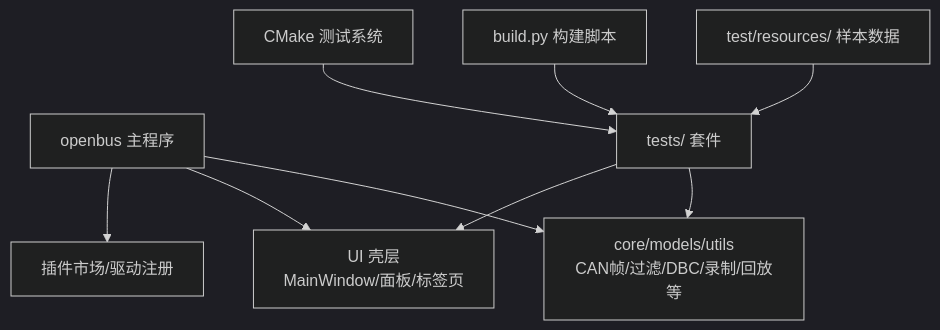
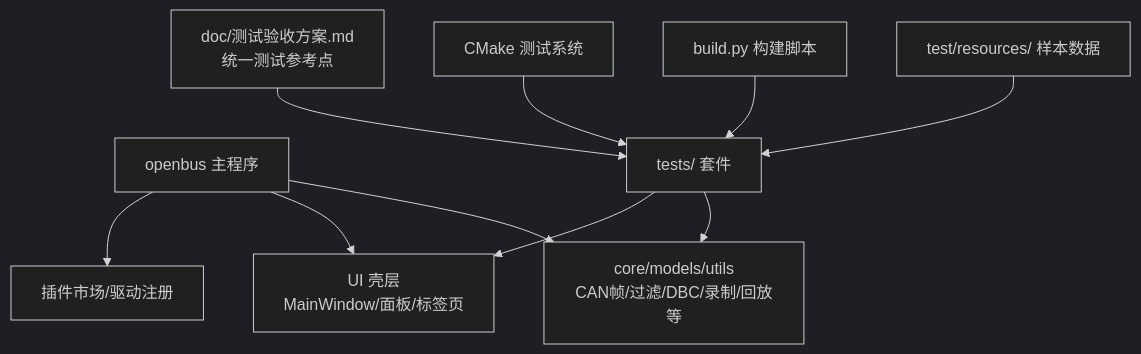
The first of 7 diagrams in .qoder/repowiki/zh/content/开发指南/测试策略文档.md (jakecai1225-design/OpenBus), drawn with Mermaid (dark theme) before and after one commit. The commit also changed other lines of this file and 151 other files, not shown here.

````diff
--- a/.qoder/repowiki/zh/content/开发指南/测试策略文档.md
+++ b/.qoder/repowiki/zh/content/开发指南/测试策略文档.md
@@ -44,11 +44,12 @@
 ```mermaid
 graph TB
 A["openbus 主程序"] --> B["core/models/utils<br/>CAN帧/过滤/DBC/录制/回放等"]
 A --> C["UI 壳层<br/>MainWindow/面板/标签页"]
 A --> D["插件市场/驱动注册"]
 E["tests/ 套件"] --> B
 E --> C
 F["test/resources/ 样本数据"] --> E
 G["build.py 构建脚本"] --> E
 H["CMake 测试系统"] --> E
+I["doc/测试验收方案.md<br/>统一测试参考点"] --> E
 ```
````
